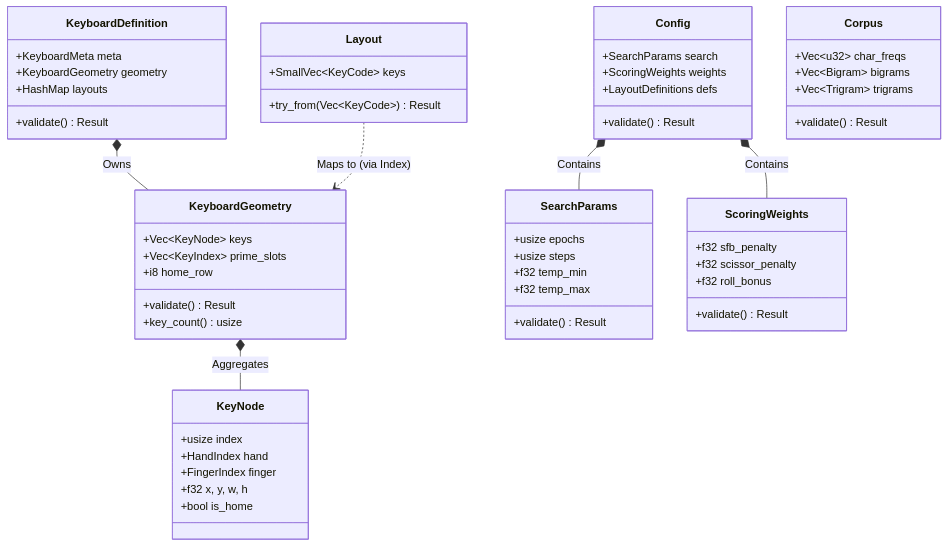
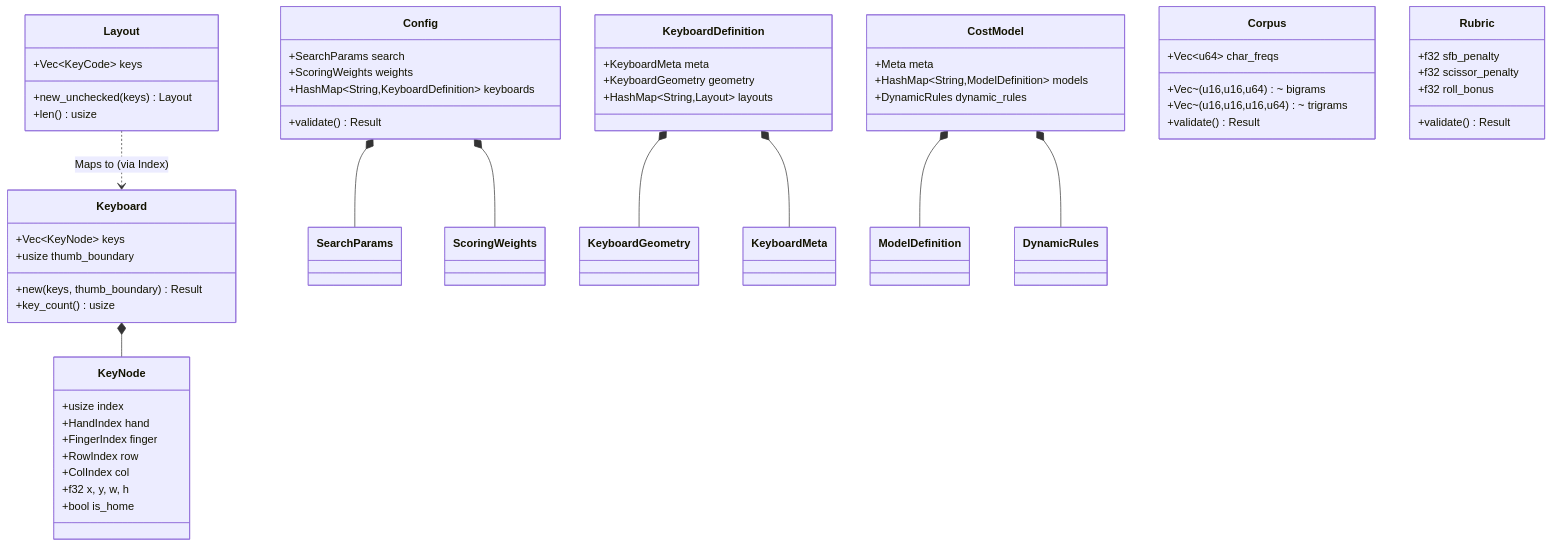
One commit to infodungeon/keyforge changed the first of 2 diagrams in docs/design/keyforge-model/README.md. Above: the diagram before and after it, drawn with Mermaid. The commit also changed other lines of this file and 82 other files, not shown here.

````diff
--- a/docs/design/keyforge-model/README.md
+++ b/docs/design/keyforge-model/README.md
@@ -15,71 +13,73 @@
 ```mermaid
 classDiagram
     %% --- Aggregates ---
     class Config {
         +SearchParams search
         +ScoringWeights weights
-        +LayoutDefinitions defs
+        +HashMap~String,KeyboardDefinition~ keyboards
         +validate() Result
     }
 
+    class Keyboard {
+        +Vec~KeyNode~ keys
+        +usize thumb_boundary
+        +new(keys, thumb_boundary) Result
+        +key_count() usize
+    }
+
+    class CostModel {
+        +Meta meta
+        +HashMap~String,ModelDefinition~ models
+        +DynamicRules dynamic_rules
+    }
+
+    %% --- Entities ---
     class KeyboardDefinition {
         +KeyboardMeta meta
         +KeyboardGeometry geometry
-        +HashMap layouts
-        +validate() Result
-    }
-
-    %% --- Entities ---
-    class KeyboardGeometry {
-        +Vec~KeyNode~ keys
-        +Vec~KeyIndex~ prime_slots
-        +i8 home_row
-        +validate() Result
-        +key_count() usize
+        +HashMap~String,Layout~ layouts
     }
 
     class KeyNode {
         +usize index
         +HandIndex hand
         +FingerIndex finger
+        +RowIndex row
+        +ColIndex col
         +f32 x, y, w, h
         +bool is_home
     }
 
     class Layout {
-        +SmallVec~KeyCode~ keys
-        +try_from(Vec~KeyCode~) Result
+        +Vec~KeyCode~ keys
+        +new_unchecked(keys) Layout
+        +len() usize
     }
 
     class Corpus {
-        +Vec~u32~ char_freqs
-        +Vec~Bigram~ bigrams
-        +Vec~Trigram~ trigrams
+        +Vec~u64~ char_freqs
+        +Vec~(u16,u16,u64)~ bigrams
+        +Vec~(u16,u16,u16,u64)~ trigrams
         +validate() Result
     }
 
-    %% --- Value Objects (Configuration) ---
-    class SearchParams {
-        +usize epochs
-        +usize steps
-        +f32 temp_min
-        +f32 temp_max
-        +validate() Result
-    }
-
-    class ScoringWeights {
+    class Rubric {
         +f32 sfb_penalty
         +f32 scissor_penalty
         +f32 roll_bonus
         +validate() Result
     }
 
     %% --- Relationships ---
-    Config *-- SearchParams : Contains
-    Config *-- ScoringWeights : Contains
+    Config *-- SearchParams
+    Config *-- ScoringWeights
     
-    KeyboardDefinition *-- KeyboardGeometry : Owns
-    KeyboardGeometry *-- KeyNode : Aggregates
+    KeyboardDefinition *-- KeyboardGeometry
+    KeyboardDefinition *-- KeyboardMeta
+    Keyboard *-- KeyNode
     
-    Layout ..> KeyboardGeometry : Maps to (via Index)
+    CostModel *-- ModelDefinition
+    CostModel *-- DynamicRules
+    
+    Layout ..> Keyboard : Maps to (via Index)
 ```
````
